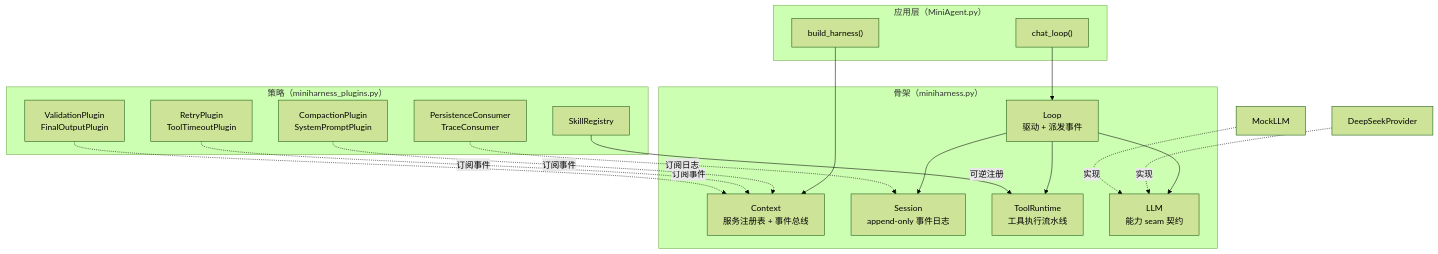
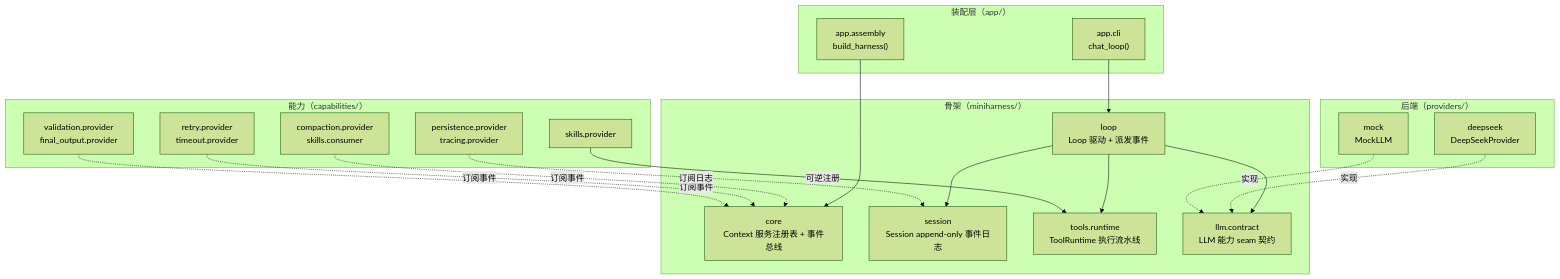
Before and after one commit to RebornL/MiniAgent: the second of 5 diagrams in docs/miniharness.md, drawn with Mermaid (forest theme). The commit also changed other lines of this file and 73 other files, not shown here.

````diff
--- a/docs/miniharness.md
+++ b/docs/miniharness.md
@@ -144,35 +156,37 @@
 ```mermaid
 flowchart TB
-    subgraph app["应用层（MiniAgent.py）"]
-        CL["chat_loop()"]
-        BH["build_harness()"]
+    subgraph app["装配层（app/）"]
+        CL["app.cli<br/>chat_loop()"]
+        BH["app.assembly<br/>build_harness()"]
     end
-    subgraph core["骨架（miniharness.py）"]
-        CTX["Context<br/>服务注册表 + 事件总线"]
-        SESS["Session<br/>append-only 事件日志"]
-        LOOP["Loop<br/>驱动 + 派发事件"]
-        TRT["ToolRuntime<br/>工具执行流水线"]
-        LLMS["LLM<br/>能力 seam 契约"]
+    subgraph core["骨架（miniharness/）"]
+        CTX["core<br/>Context 服务注册表 + 事件总线"]
+        SESS["session<br/>Session append-only 事件日志"]
+        LOOP["loop<br/>Loop 驱动 + 派发事件"]
+        TRT["tools.runtime<br/>ToolRuntime 执行流水线"]
+        LLMS["llm.contract<br/>LLM 能力 seam 契约"]
     end
-    subgraph plugs["策略（miniharness_plugins.py）"]
-        PL1["CompactionPlugin<br/>SystemPromptPlugin"]
-        PL2["RetryPlugin<br/>ToolTimeoutPlugin"]
-        PL3["ValidationPlugin<br/>FinalOutputPlugin"]
-        PL4["PersistenceConsumer<br/>TraceConsumer"]
-        PL5["SkillRegistry"]
+    subgraph plugs["能力（capabilities/）"]
+        PL1["compaction.provider<br/>skills.consumer"]
+        PL2["retry.provider<br/>timeout.provider"]
+        PL3["validation.provider<br/>final_output.provider"]
+        PL4["persistence.provider<br/>tracing.provider"]
+        PL5["skills.provider"]
     end
-    PROV["DeepSeekProvider"]
-    MOCK["MockLLM"]
+    subgraph prov["后端（providers/）"]
+        PROV["deepseek<br/>DeepSeekProvider"]
+        MOCK["mock<br/>MockLLM"]
+    end
     BH --> CTX
     CL --> LOOP
     LOOP --> SESS
     LOOP --> TRT
     LOOP --> LLMS
     PROV -.->|"实现"| LLMS
     MOCK -.->|"实现"| LLMS
     PL1 -.->|"订阅事件"| CTX
     PL2 -.->|"订阅事件"| CTX
     PL3 -.->|"订阅事件"| CTX
     PL4 -.->|"订阅日志"| SESS
     PL5 -->|"可逆注册"| TRT
 ```
````
